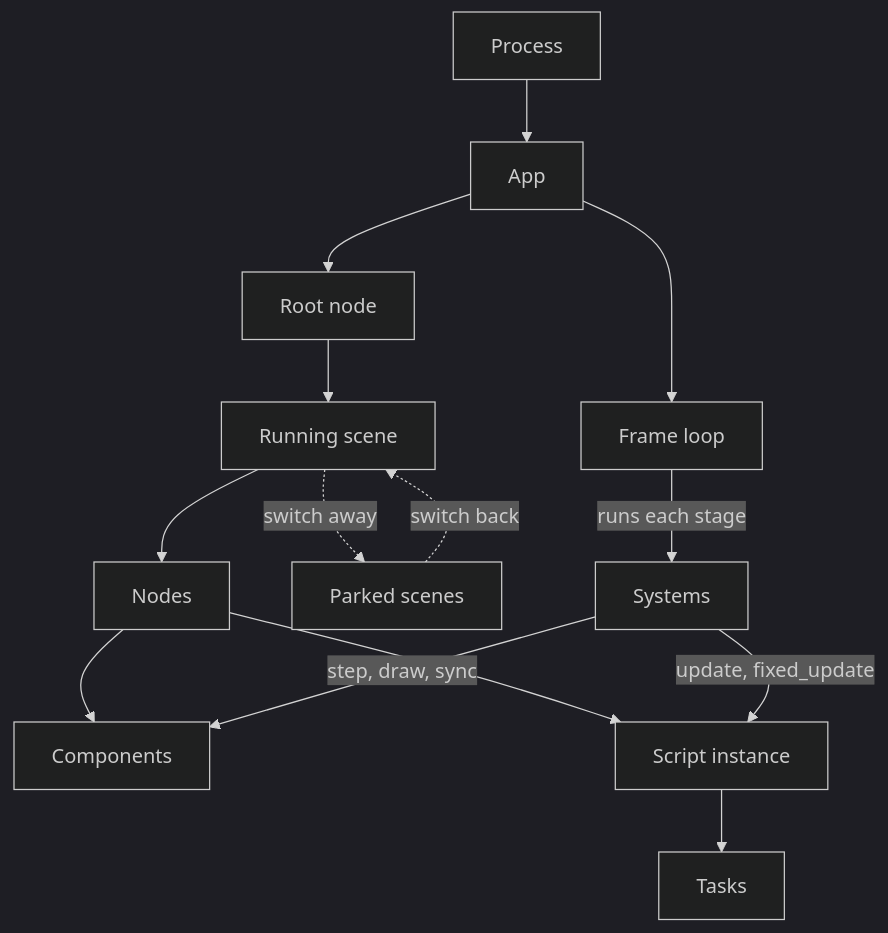
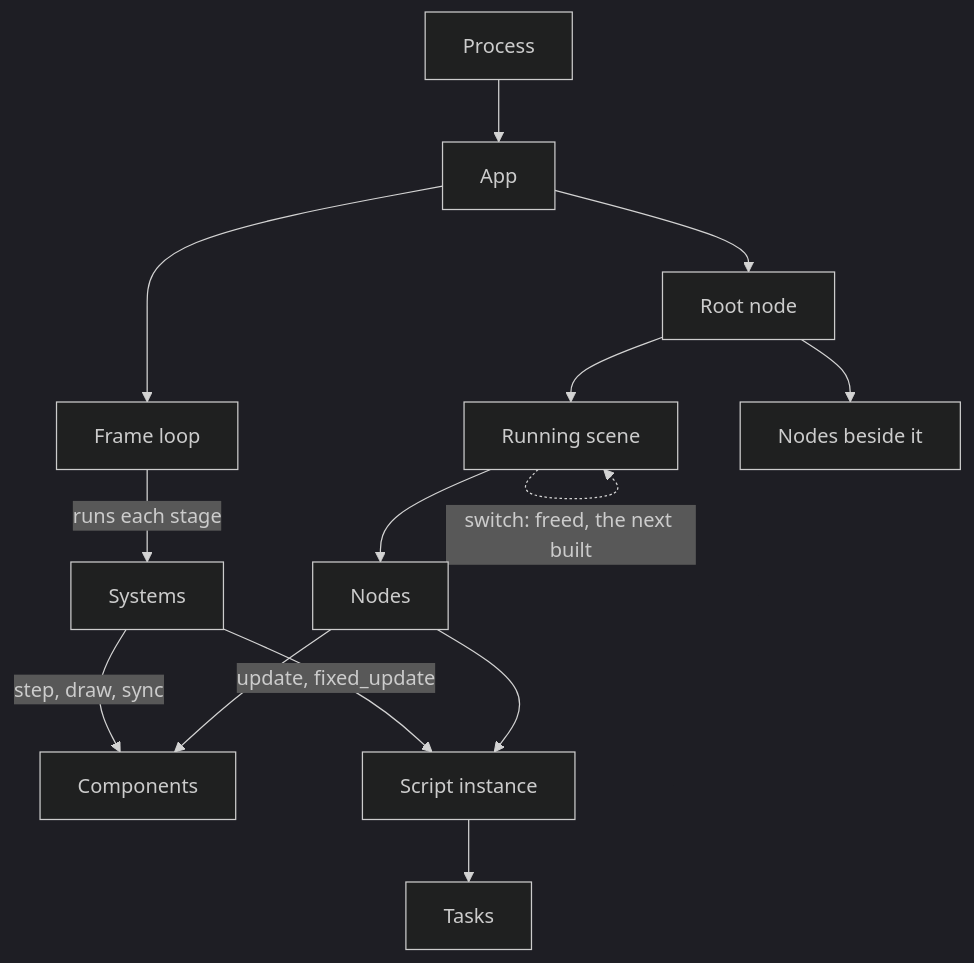
One commit to balaurengine/balaur changed the first of 11 diagrams in docs/LIFECYCLE.md. Above: the diagram before and after it, drawn with Mermaid (dark theme). The commit also changed other lines of this file and 187 other files, not shown here.

````diff
--- a/docs/LIFECYCLE.md
+++ b/docs/LIFECYCLE.md
@@ -16,16 +16,16 @@
 ```mermaid
 flowchart TD
     process[Process] --> app[App]
     app --> frame[Frame loop]
     app --> root[Root node]
     frame -->|runs each stage| stages[Systems]
     root --> scene[Running scene]
-    parked[Parked scenes] -. switch back .-> scene
-    scene -. switch away .-> parked
+    root --> beside[Nodes beside it]
+    scene -. switch: freed, the next built .-> scene
     scene --> node[Nodes]
     node --> component[Components]
     node --> script[Script instance]
     script --> task[Tasks]
     stages -->|update, fixed_update| script
     stages -->|step, draw, sync| component
 ```
````
